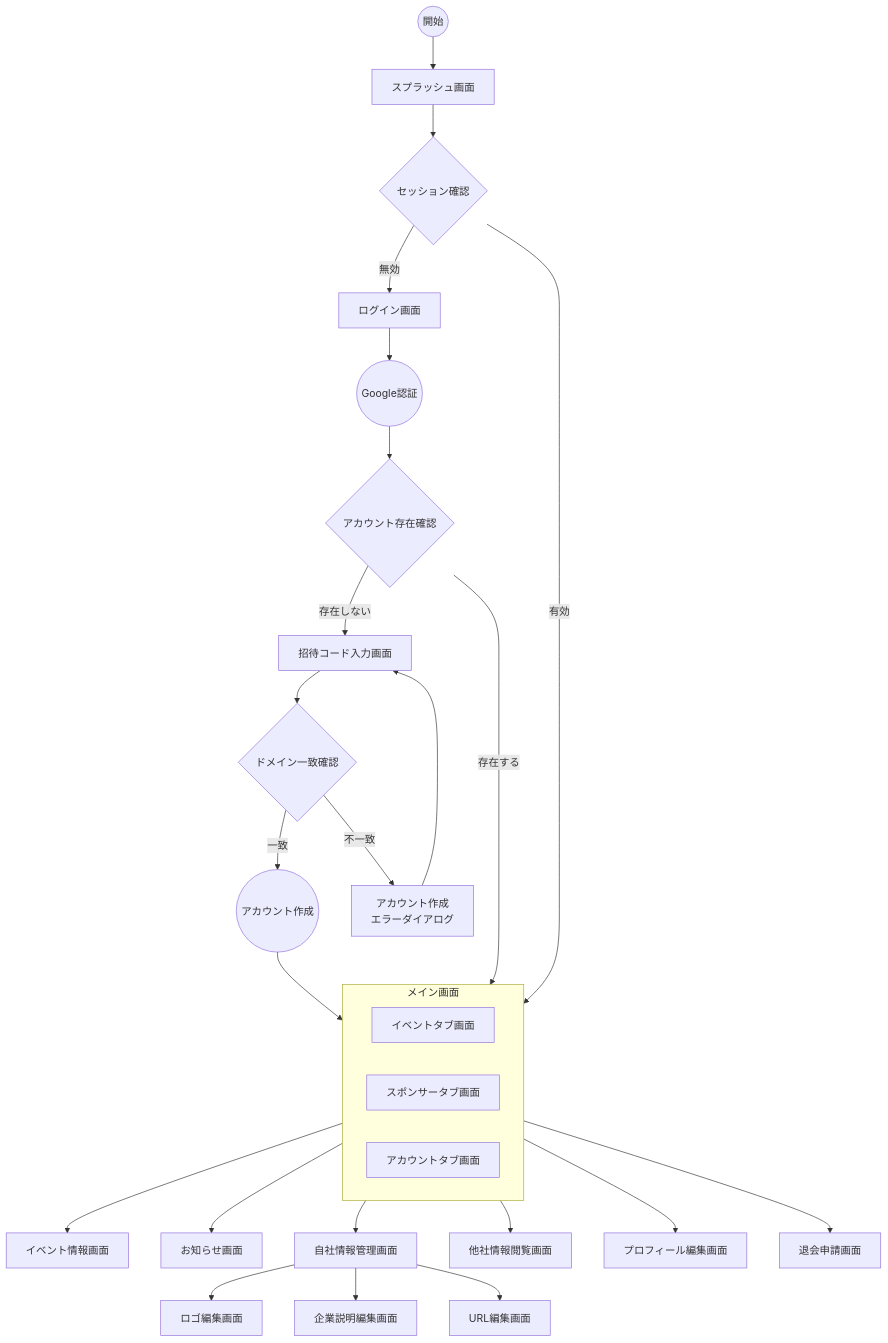
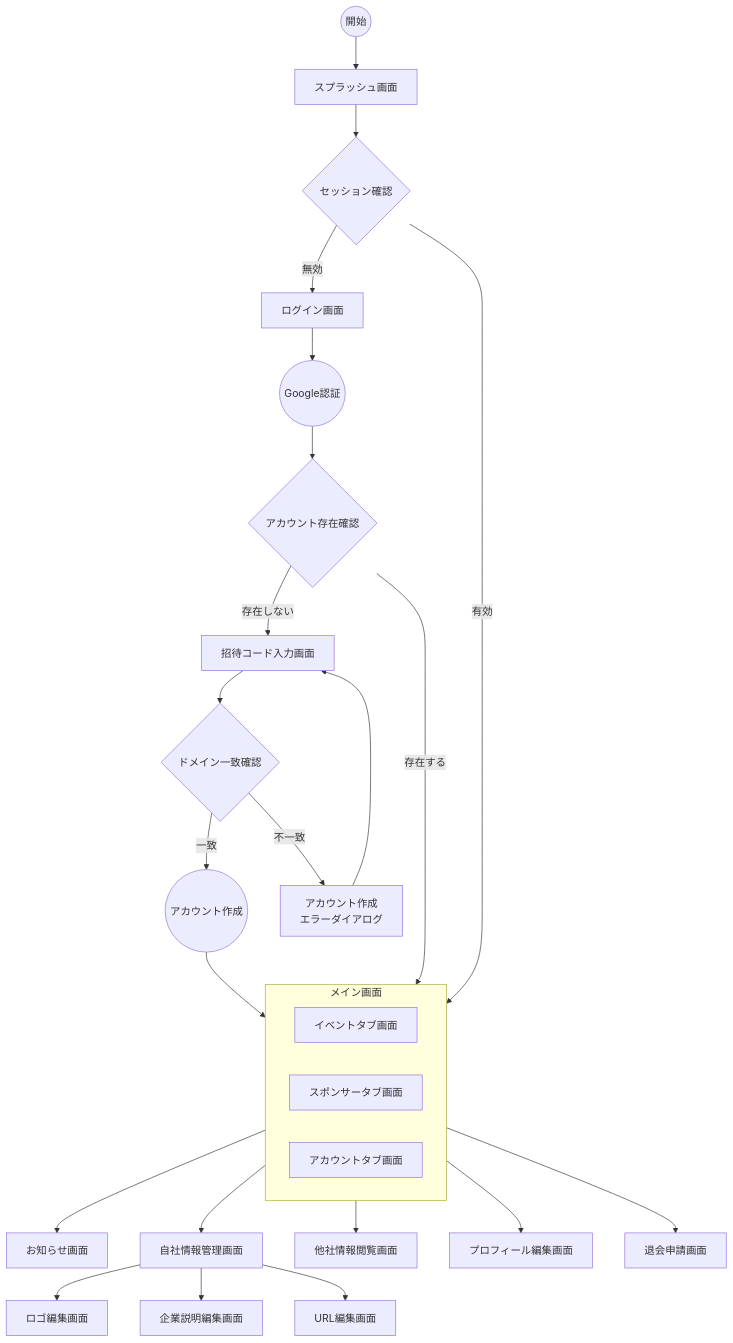
Before and after one commit to FlutterKaigi/2025: the diagram in docs/dashboard/SCREENS.md, drawn with Mermaid. The commit also changed other lines of this file, not shown here.

Commit message:
docs: イベント情報画面を削除

````diff
--- a/docs/dashboard/SCREENS.md
+++ b/docs/dashboard/SCREENS.md
@@ -54,41 +53,40 @@
 ```mermaid
 flowchart TD
     Start((開始)) --> Splash[スプラッシュ画面]
     Splash --> SessionCheck{セッション確認}
     SessionCheck --> |有効| EventTab[イベントタブ画面]
     SessionCheck --> |無効| Login[ログイン画面]
     
     %% 認証フロー
     Login --> GoogleAuth((Google認証))
     GoogleAuth --> AccountCheck{アカウント存在確認}
     AccountCheck --> |存在する| EventTab[イベントタブ画面]
     AccountCheck --> |存在しない| InvitationCode[招待コード入力画面]
     
     %% 新規登録フロー
     InvitationCode --> DomainCheck{ドメイン一致確認}
     DomainCheck --> |一致| CreateAccount((アカウント作成))
     DomainCheck --> |不一致| RegisterError[アカウント作成<br>エラーダイアログ]
     RegisterError --> InvitationCode
     CreateAccount --> EventTab
     
     %% メイン画面のタブ構成
     subgraph Main[メイン画面]
       direction LR
       EventTab[イベントタブ画面]
       SponsorTab[スポンサータブ画面]
       Account[アカウントタブ画面]
     end
 
-    EventTab --> EventInfo[イベント情報画面]
     EventTab --> News[お知らせ画面]
     
     SponsorTab --> OwnInfo[自社情報管理画面]
     SponsorTab --> OtherInfo[他社情報閲覧画面]
     
     OwnInfo --> LogoEdit[ロゴ編集画面]
     OwnInfo --> DescEdit[企業説明編集画面]
     OwnInfo --> URLEdit[URL編集画面]
     
     Account --> Profile[プロフィール編集画面]
     Account --> Withdrawal[退会申請画面]
 ```
````
